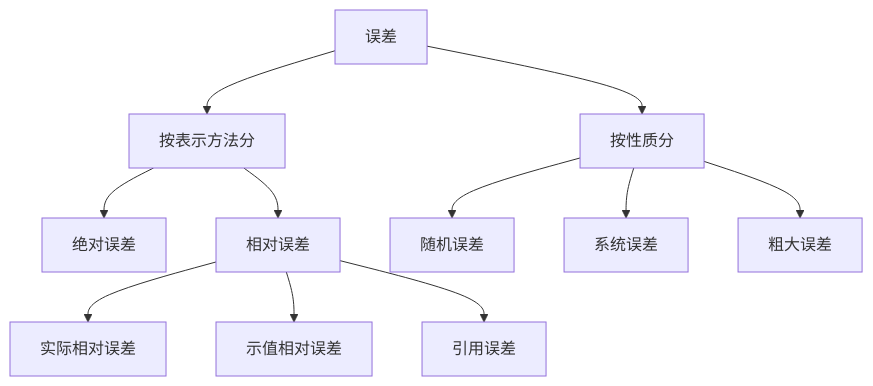
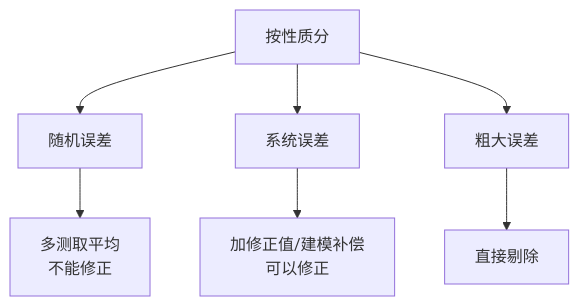
The diagram in content/Agents/第1章 测量概论.md (dasiwocom/wiki), drawn with Mermaid before and after one commit. The commit also changed other lines of this file and 79 other files, not shown here.

````diff
--- a/content/Agents/第1章 测量概论.md
+++ b/content/Agents/第1章 测量概论.md
@@ -39,13 +140,9 @@
 ```mermaid
 graph TD
-  A[误差] --> B[按表示方法分]
-  A --> C[按性质分]
-  B --> B1[绝对误差]
-  B --> B2[相对误差]
-  B2 --> B3[实际相对误差]
-  B2 --> B4[示值相对误差]
-  B2 --> B5[引用误差]
-  C --> C1[随机误差]
-  C --> C2[系统误差]
-  C --> C3[粗大误差]
+  A[按性质分] --> B[随机误差]
+  A --> C[系统误差]
+  A --> D[粗大误差]
+  B --> B1[多测取平均<br/>不能修正]
+  C --> C1[加修正值/建模补偿<br/>可以修正]
+  D --> D1[直接剔除]
 ```
````
